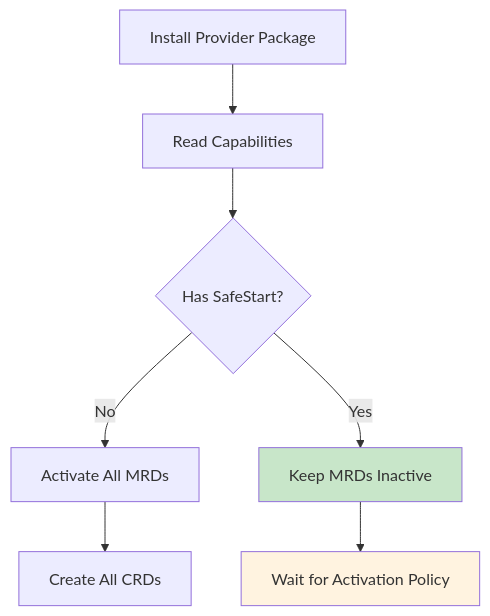
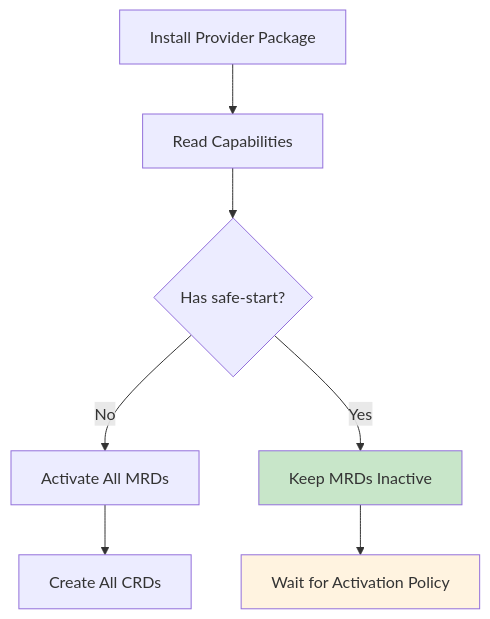
One commit to crossplane/docs changed the diagram in content/master/packages/provider-capabilities.md. Above: the diagram before and after it, drawn with Mermaid. The commit also changed other lines of this file and 7 other files, not shown here.

````diff
--- a/content/master/packages/provider-capabilities.md
+++ b/content/master/packages/provider-capabilities.md
@@ -89,20 +91,20 @@
 ```mermaid
 flowchart TD
     install[Install Provider Package]
     readCaps[Read Capabilities]
-    checkSafe{Has SafeStart?}
+    checkSafe{Has safe-start?}
     activateAll[Activate All MRDs]
     keepInactive[Keep MRDs Inactive]
     createCRDs[Create All CRDs]
     waitPolicy[Wait for Activation Policy]
     
     install --> readCaps
     readCaps --> checkSafe
     checkSafe -->|No| activateAll
     checkSafe -->|Yes| keepInactive
     activateAll --> createCRDs
     keepInactive --> waitPolicy
     
     style keepInactive fill:#c8e6c9
     style waitPolicy fill:#fff3e0
 ```
````
